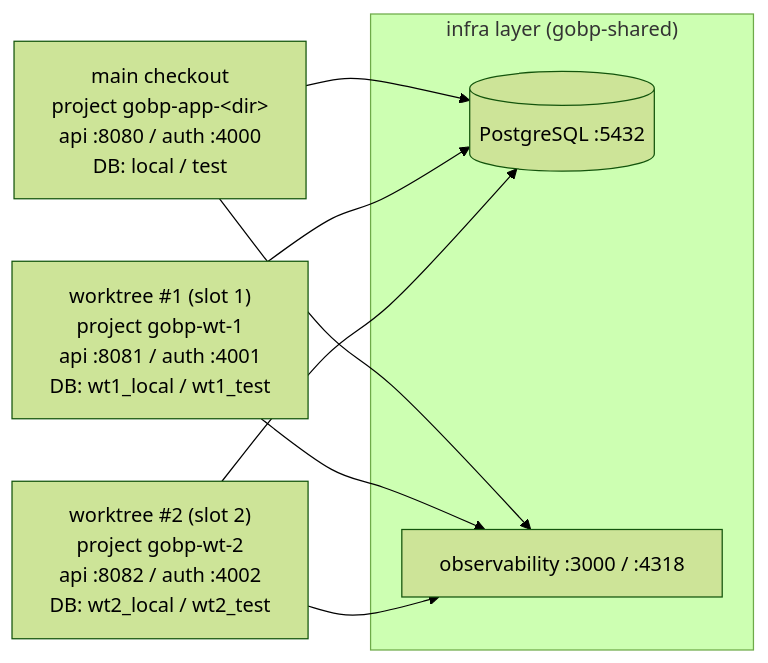
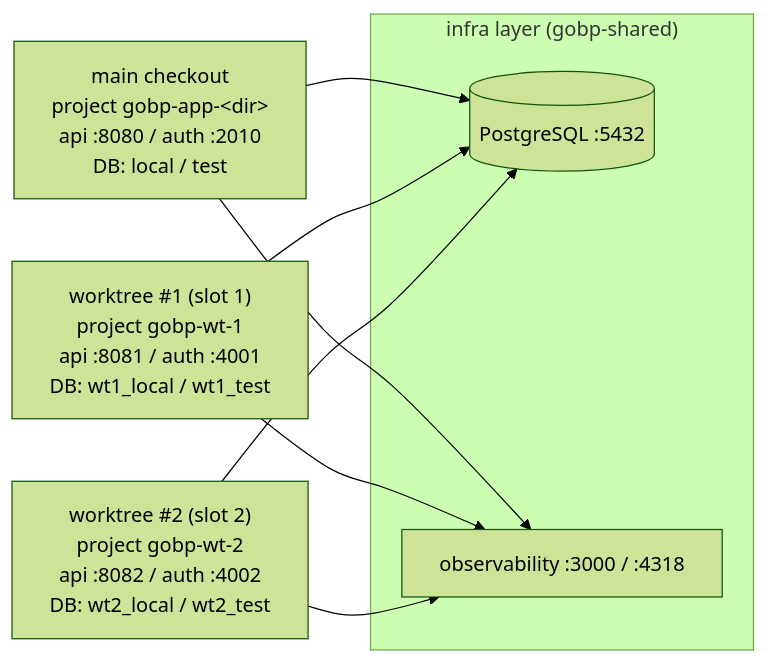
The second of 2 diagrams in docs/maintenance/local-environment.md (Tomy-ch/go-boilerplate), drawn with Mermaid (forest theme) before and after one commit. The commit also changed other lines of this file and 13 other files, not shown here.

````diff
--- a/docs/maintenance/local-environment.md
+++ b/docs/maintenance/local-environment.md
@@ -195,17 +214,17 @@
 ```mermaid
 graph LR
   subgraph shared["infra layer (gobp-shared)"]
     pg[("PostgreSQL :5432")]
     obs["observability :3000 / :4318"]
   end
-  main["main checkout<br/>project gobp-app-&lt;dir&gt;<br/>api :8080 / auth :4000<br/>DB: local / test"]
+  main["main checkout<br/>project gobp-app-&lt;dir&gt;<br/>api :8080 / auth :2010<br/>DB: local / test"]
   wt1["worktree #1 (slot 1)<br/>project gobp-wt-1<br/>api :8081 / auth :4001<br/>DB: wt1_local / wt1_test"]
   wt2["worktree #2 (slot 2)<br/>project gobp-wt-2<br/>api :8082 / auth :4002<br/>DB: wt2_local / wt2_test"]
 
   main --> pg
   wt1 --> pg
   wt2 --> pg
   main --> obs
   wt1 --> obs
   wt2 --> obs
 ```
````
